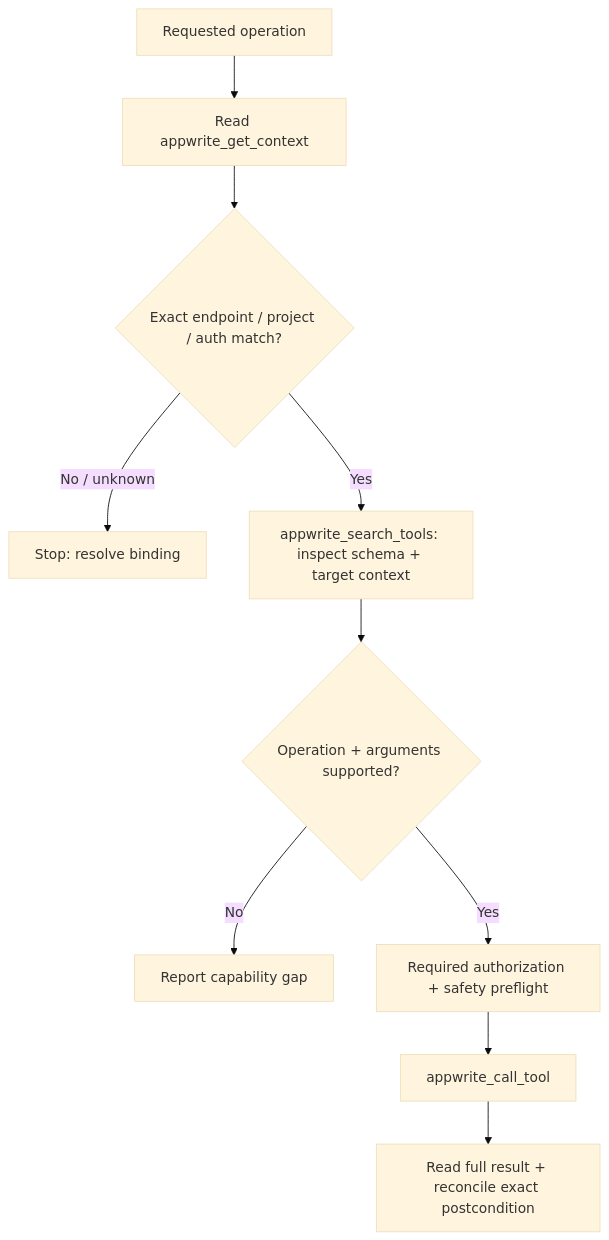
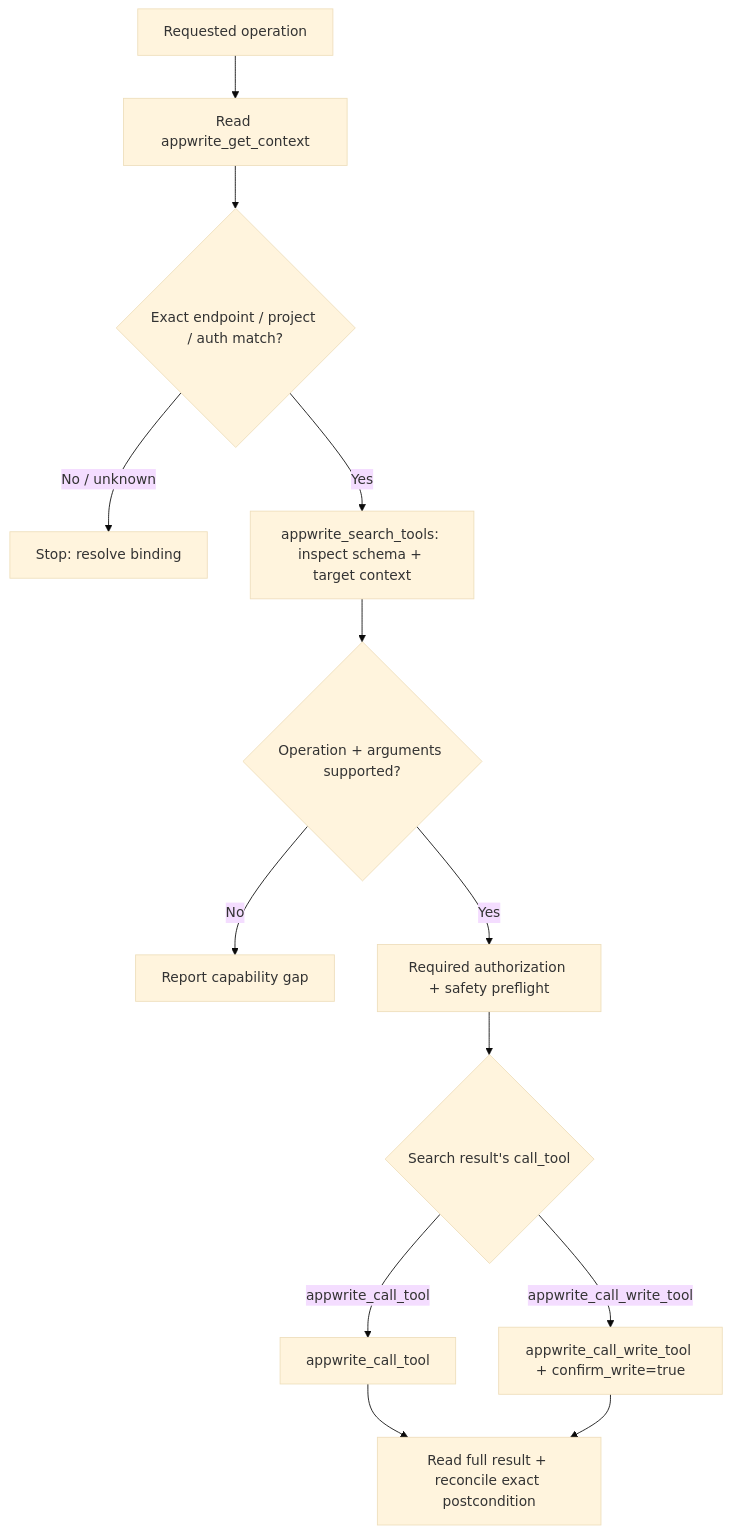
Before and after one commit to sgaabdu4/flutter_skill_lints: the diagram in .agents/skills/appwrite-backend/references/mcp-servers.md, drawn with Mermaid (base theme). The commit also changed other lines of this file and 65 other files, not shown here.

````diff
--- a/.agents/skills/appwrite-backend/references/mcp-servers.md
+++ b/.agents/skills/appwrite-backend/references/mcp-servers.md
@@ -14,12 +14,15 @@
 ```mermaid
 flowchart TD
   R[Requested operation] --> C[Read appwrite_get_context]
   C --> B{Exact endpoint / project / auth match?}
   B -->|No / unknown| S[Stop: resolve binding]
   B -->|Yes| T[appwrite_search_tools: inspect schema + target context]
   T --> A{Operation + arguments supported?}
   A -->|No| G[Report capability gap]
   A -->|Yes| P[Required authorization + safety preflight]
-  P --> E[appwrite_call_tool]
+  P --> K{Search result's call_tool}
+  K -->|appwrite_call_tool| E[appwrite_call_tool]
+  K -->|appwrite_call_write_tool| W[appwrite_call_write_tool + confirm_write=true]
   E --> V[Read full result + reconcile exact postcondition]
+  W --> V
 ```
````
